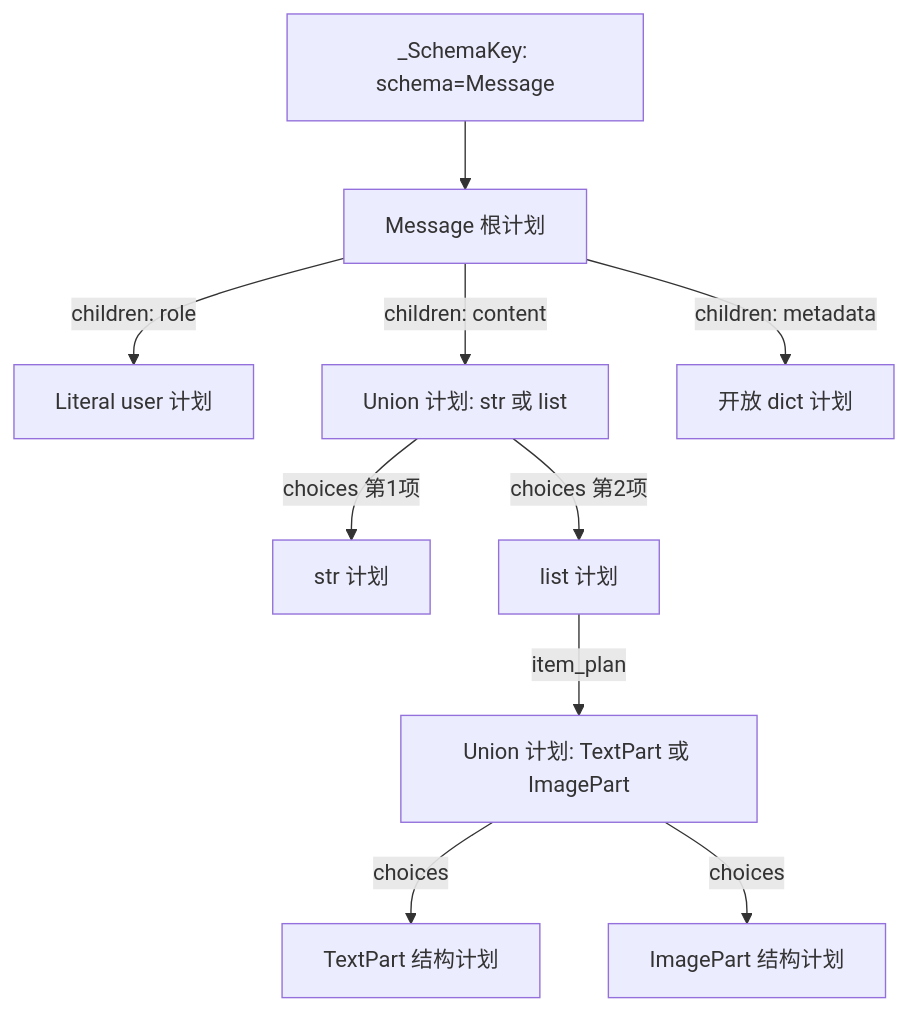
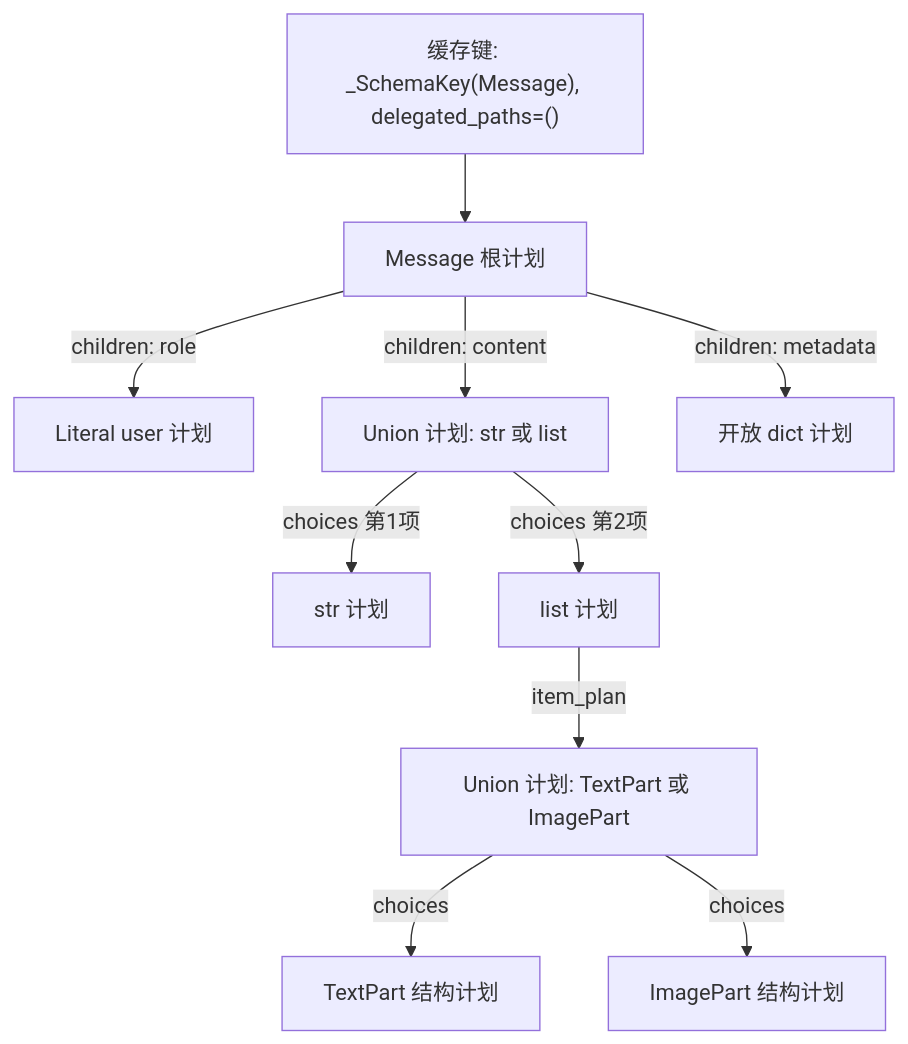
The diagram in docs/design/schema-filter-cache.md (JJJJSTIYYYY/my-llm), drawn with Mermaid before and after one commit. The commit also changed other lines of this file and 106 other files, not shown here.

````diff
--- a/docs/design/schema-filter-cache.md
+++ b/docs/design/schema-filter-cache.md
@@ -159,12 +168,12 @@
 ```mermaid
 flowchart TD
-    K["_SchemaKey: schema=Message"] --> M["Message 根计划"]
+    K["缓存键: _SchemaKey(Message), delegated_paths=()"] --> M["Message 根计划"]
     M -->|"children: role"| R["Literal user 计划"]
     M -->|"children: content"| C["Union 计划: str 或 list"]
     M -->|"children: metadata"| D["开放 dict 计划"]
     C -->|"choices 第1项"| S["str 计划"]
     C -->|"choices 第2项"| L["list 计划"]
     L -->|item_plan| U["Union 计划: TextPart 或 ImagePart"]
     U -->|choices| T["TextPart 结构计划"]
     U -->|choices| I["ImagePart 结构计划"]
 ```
````
